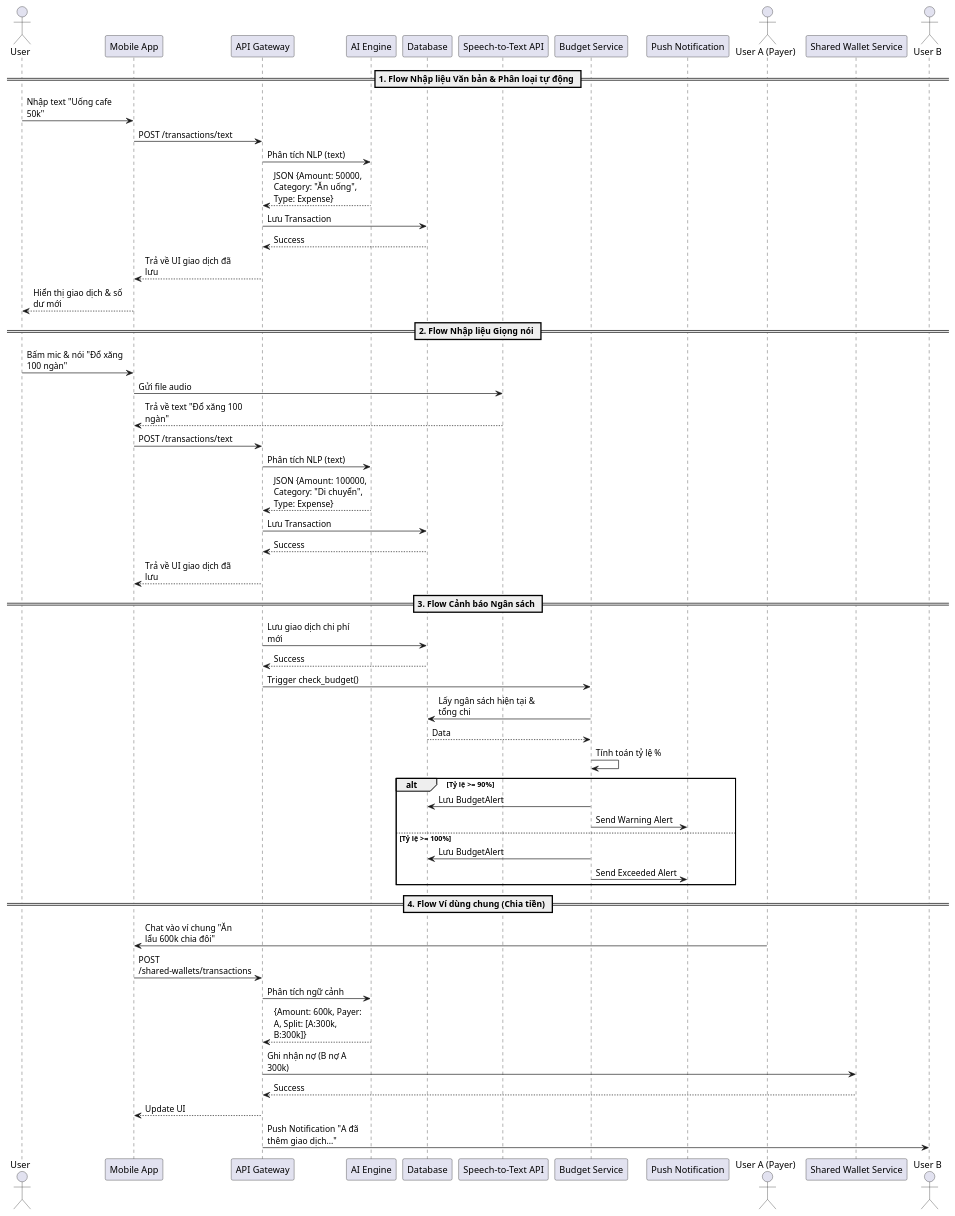
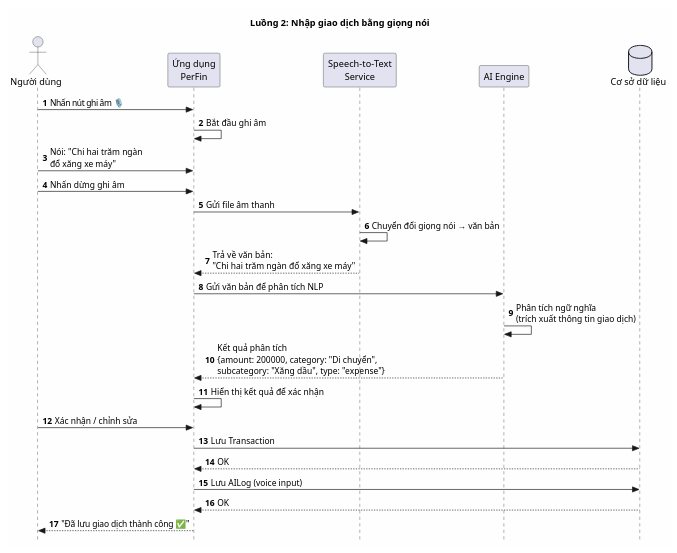
The second of 8 diagrams in NIÊN LUẬN/diagrams/puml/sequence-diagrams.puml (ngthtrong/perfin-nienluan), drawn with PlantUML before and after one commit. The commit also changed other lines of this file and 25 other files, not shown here.

Commit message:
Delete REQ-10 Collaboration document and update SRS with new structure and diagrams

```diff
--- a/NIÊN LUẬN/diagrams/puml/sequence-diagrams.puml
+++ b/NIÊN LUẬN/diagrams/puml/sequence-diagrams.puml
@@ -1,65 +36,40 @@
-@startuml
-skinparam maxMessageSize 150
+@startuml PerFin_Sequence_02_VoiceInput
+' ===========================================================
+' 2. Nhập liệu bằng giọng nói → Speech-to-Text → AI Engine → Lưu
+' ===========================================================
+title **Luồng 2: Nhập giao dịch bằng giọng nói**
 
-== 1. Flow Nhập liệu Văn bản & Phân loại tự động ==
-actor User
-participant "Mobile App" as App
-participant "API Gateway" as API
+skinparam style strictuml
+skinparam backgroundColor #FEFEFE
+
+actor "Người dùng" as User
+participant "Ứng dụng\nPerFin" as App
+participant "Speech-to-Text\nService" as STT
 participant "AI Engine" as AI
-participant "Database" as DB
+database "Cơ sở dữ liệu" as DB
 
-User -> App: Nhập text "Uống cafe 50k"
-App -> API: POST /transactions/text
-API -> AI: Phân tích NLP (text)
-AI --> API: JSON {Amount: 50000, Category: "Ăn uống", Type: Expense}
-API -> DB: Lưu Transaction
-DB --> API: Success
-API --> App: Trả về UI giao dịch đã lưu
-App --> User: Hiển thị giao dịch & số dư mới
+autonumber
 
-== 2. Flow Nhập liệu Giọng nói ==
-participant "Speech-to-Text API" as STT
+User -> App : Nhấn nút ghi âm 🎙️
+App -> App : Bắt đầu ghi âm
+User -> App : Nói: "Chi hai trăm ngàn\nđổ xăng xe máy"
+User -> App : Nhấn dừng ghi âm
 
-User -> App: Bấm mic & nói "Đổ xăng 100 ngàn"
-App -> STT: Gửi file audio
-STT --> App: Trả về text "Đổ xăng 100 ngàn"
-App -> API: POST /transactions/text
-API -> AI: Phân tích NLP (text)
-AI --> API: JSON {Amount: 100000, Category: "Di chuyển", Type: Expense}
-API -> DB: Lưu Transaction
-DB --> API: Success
-API --> App: Trả về UI giao dịch đã lưu
+App -> STT : Gửi file âm thanh
+STT -> STT : Chuyển đổi giọng nói → văn bản
+STT --> App : Trả về văn bản:\n"Chi hai trăm ngàn đổ xăng xe máy"
 
-== 3. Flow Cảnh báo Ngân sách ==
-participant "Budget Service" as Budget
-participant "Push Notification" as Notification
+App -> AI : Gửi văn bản để phân tích NLP
+AI -> AI : Phân tích ngữ nghĩa\n(trích xuất thông tin giao dịch)
+AI --> App : Kết quả phân tích\n{amount: 200000, category: "Di chuyển",\nsubcategory: "Xăng dầu", type: "expense"}
 
-API -> DB: Lưu giao dịch chi phí mới
-DB --> API: Success
-API -> Budget: Trigger check_budget()
-Budget -> DB: Lấy ngân sách hiện tại & tổng chi
-DB --> Budget: Data
-Budget -> Budget: Tính toán tỷ lệ %
-alt Tỷ lệ >= 90%
-    Budget -> DB: Lưu BudgetAlert
-    Budget -> Notification: Send Warning Alert
-else Tỷ lệ >= 100%
-    Budget -> DB: Lưu BudgetAlert
-    Budget -> Notification: Send Exceeded Alert
-end
+App -> App : Hiển thị kết quả để xác nhận
+User -> App : Xác nhận / chỉnh sửa
 
-== 4. Flow Ví dùng chung (Chia tiền) ==
-actor "User A (Payer)" as UserA
-participant "Shared Wallet Service" as Shared
-actor "User B" as UserB
+App -> DB : Lưu Transaction
+DB --> App : OK
+App -> DB : Lưu AILog (voice input)
+DB --> App : OK
 
-UserA -> App: Chat vào ví chung "Ăn lẩu 600k chia đôi"
-App -> API: POST /shared-wallets/transactions
-API -> AI: Phân tích ngữ cảnh
-AI --> API: {Amount: 600k, Payer: A, Split: [A:300k, B:300k]}
-API -> Shared: Ghi nhận nợ (B nợ A 300k)
-Shared --> API: Success
-API --> App: Update UI
-API -> UserB: Push Notification "A đã thêm giao dịch..."
-
+App --> User : "Đã lưu giao dịch thành công ✅"
 @enduml
```
